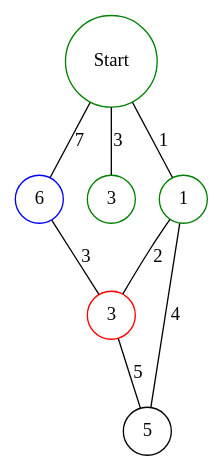
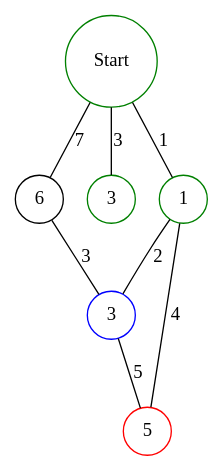
One commit to jdymacek/graph-theory-notes changed the diagram in Chapter2/n-dijkstra4.dot. Above: the diagram before and after it, drawn with Graphviz. The commit also changed 15 other files, not shown here.

```diff
--- a/Chapter2/n-dijkstra4.dot
+++ b/Chapter2/n-dijkstra4.dot
@@ -1,20 +1,21 @@
 graph G {
     node[shape=circle, width=0.5]
     A [pos="1,2!", label="Start", color="green"]
-    B [pos="5,2!", label="6", color="blue"]
+    B [pos="5,2!", label="6"]
     C [pos="0,0!", label="3", color="green"]
     D [pos="3,0!", label="1", color="green"]
-    E [pos="7,0!", label="3", color="red"]
-    F [pos="2,-2!", label="5"]
-    
+    E [pos="7,0!", label="3", color="blue"]
+    F [pos="2,-2!", label="5", color="red"]
+   
+
     A -- B [label="7"]
     A -- C [label="3"]
     A -- D [label="1"]
     
     B -- E [label="3"]
     
     D -- E [label="2"]
     D -- F [label="4"]
     
     E -- F [label="5"]
 }
```
